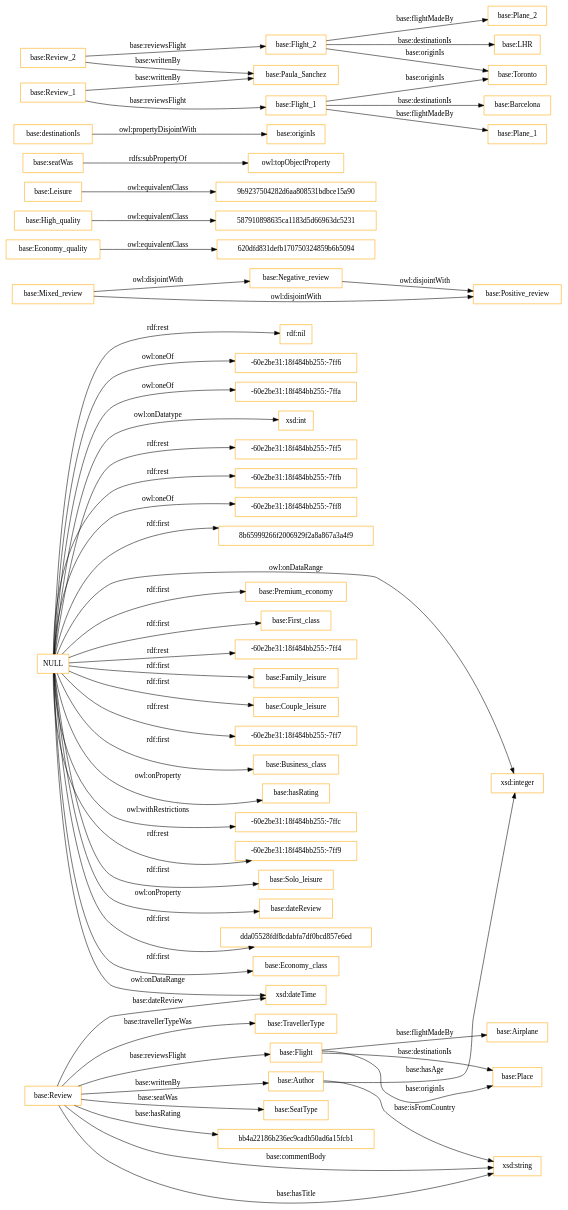
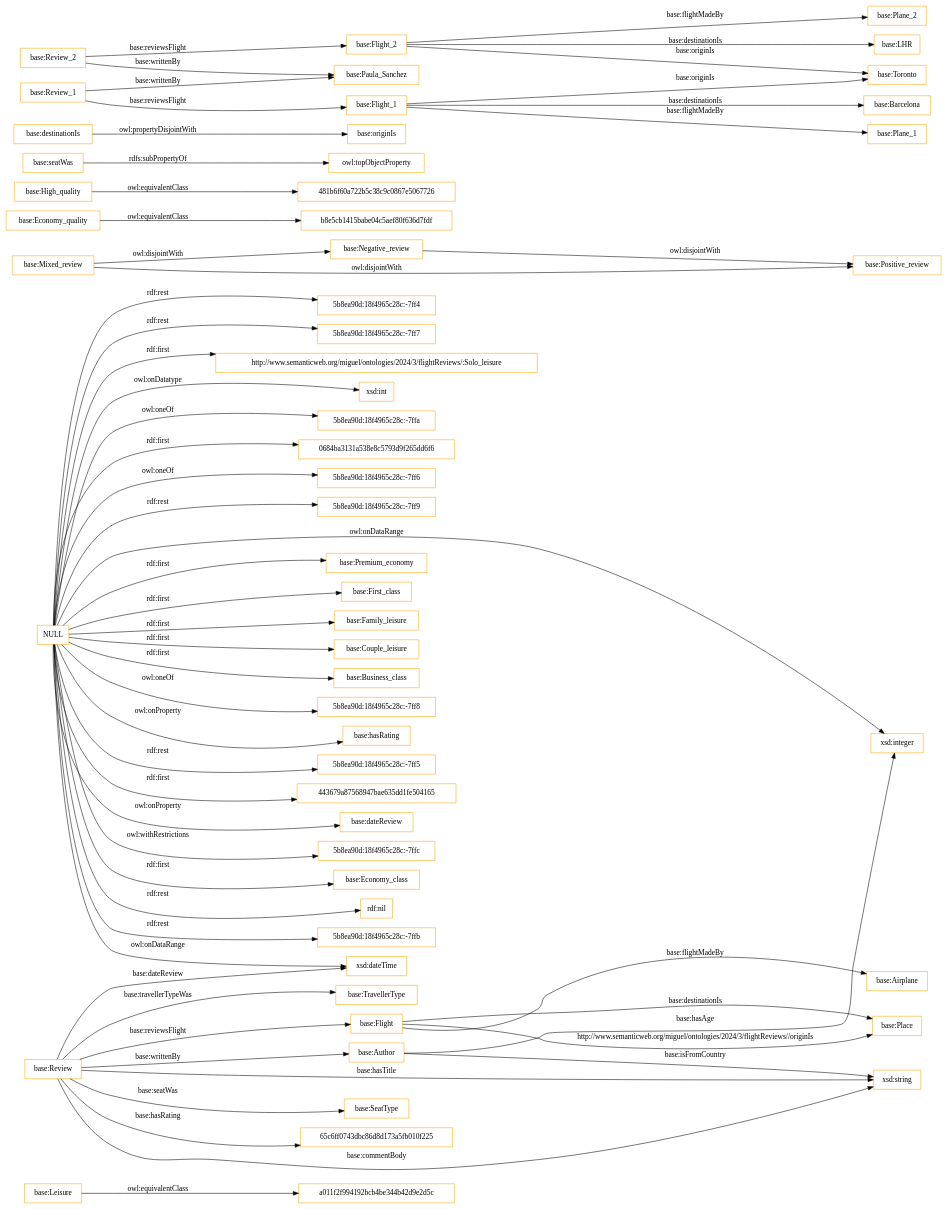
The diagram in OnToology/ontology.ttl/diagrams/ar2dtool-class/ontology.ttl.png.dot (MigueldSPallares/FlightReviews), drawn with Graphviz before and after one commit. The commit also changed 9 other files, not shown here.

```diff
--- a/OnToology/ontology.ttl/diagrams/ar2dtool-class/ontology.ttl.png.dot
+++ b/OnToology/ontology.ttl/diagrams/ar2dtool-class/ontology.ttl.png.dot
@@ -1,61 +1,61 @@
 digraph ar2dtool_diagram { 
 rankdir=LR;
 size="1501"
-node [shape = rectangle, color="orange"]; "base:TravellerType" "base:Place" "base:Flight" "base:Negative_review" "base:Author" "base:Economy_quality" "587910898635ca1183d5d66963dc5231" "base:SeatType" "base:Mixed_review" "base:Leisure" "620dfd831defb170750324859b6b5094" "base:Review" "base:High_quality" "base:Positive_review" "base:Airplane" "9b9237504282d6aa808531bdbce15a90" ; /*classes style*/
+node [shape = rectangle, color="orange"]; "a011f2f994192bcb4be344b42d9e2d5c" "base:TravellerType" "base:Place" "base:Flight" "base:Negative_review" "base:Author" "base:Economy_quality" "base:SeatType" "base:Mixed_review" "base:Leisure" "481b6f60a722b5c38c9c0867e5067726" "base:Review" "base:High_quality" "base:Positive_review" "base:Airplane" "b8e5cb1415babe04c5aef80f636d7fdf" ; /*classes style*/
 	"NULL" -> "base:Premium_economy" [ label = "rdf:first" ];
 	"NULL" -> "base:First_class" [ label = "rdf:first" ];
-	"NULL" -> "-60e2be31:18f484bb255:-7ff4" [ label = "rdf:rest" ];
 	"NULL" -> "base:Family_leisure" [ label = "rdf:first" ];
 	"NULL" -> "base:Couple_leisure" [ label = "rdf:first" ];
-	"NULL" -> "-60e2be31:18f484bb255:-7ff7" [ label = "rdf:rest" ];
 	"NULL" -> "base:Business_class" [ label = "rdf:first" ];
+	"NULL" -> "5b8ea90d:18f4965c28c:-7ff8" [ label = "owl:oneOf" ];
 	"NULL" -> "base:hasRating" [ label = "owl:onProperty" ];
-	"NULL" -> "-60e2be31:18f484bb255:-7ffc" [ label = "owl:withRestrictions" ];
 	"NULL" -> "xsd:integer" [ label = "owl:onDataRange" ];
 	"NULL" -> "xsd:dateTime" [ label = "owl:onDataRange" ];
-	"NULL" -> "-60e2be31:18f484bb255:-7ff9" [ label = "rdf:rest" ];
-	"NULL" -> "base:Solo_leisure" [ label = "rdf:first" ];
+	"NULL" -> "5b8ea90d:18f4965c28c:-7ff5" [ label = "rdf:rest" ];
+	"NULL" -> "443679a87568947bae635dd1fe504165" [ label = "rdf:first" ];
 	"NULL" -> "base:dateReview" [ label = "owl:onProperty" ];
-	"NULL" -> "dda05528fdf8cdabfa7df0bcd857e6ed" [ label = "rdf:first" ];
+	"NULL" -> "5b8ea90d:18f4965c28c:-7ffc" [ label = "owl:withRestrictions" ];
 	"NULL" -> "base:Economy_class" [ label = "rdf:first" ];
 	"NULL" -> "rdf:nil" [ label = "rdf:rest" ];
-	"NULL" -> "-60e2be31:18f484bb255:-7ff6" [ label = "owl:oneOf" ];
-	"NULL" -> "-60e2be31:18f484bb255:-7ffa" [ label = "owl:oneOf" ];
+	"NULL" -> "5b8ea90d:18f4965c28c:-7ffb" [ label = "rdf:rest" ];
+	"NULL" -> "5b8ea90d:18f4965c28c:-7ff4" [ label = "rdf:rest" ];
+	"NULL" -> "5b8ea90d:18f4965c28c:-7ff7" [ label = "rdf:rest" ];
+	"NULL" -> "http://www.semanticweb.org/miguel/ontologies/2024/3/flightReviews/:Solo_leisure" [ label = "rdf:first" ];
 	"NULL" -> "xsd:int" [ label = "owl:onDatatype" ];
-	"NULL" -> "-60e2be31:18f484bb255:-7ff5" [ label = "rdf:rest" ];
-	"NULL" -> "-60e2be31:18f484bb255:-7ffb" [ label = "rdf:rest" ];
-	"NULL" -> "-60e2be31:18f484bb255:-7ff8" [ label = "owl:oneOf" ];
-	"NULL" -> "8b65999266f2006929f2a8a867a3a4f9" [ label = "rdf:first" ];
+	"NULL" -> "5b8ea90d:18f4965c28c:-7ffa" [ label = "owl:oneOf" ];
+	"NULL" -> "0684ba3131a538e8c5793d9f265dd6f6" [ label = "rdf:first" ];
+	"NULL" -> "5b8ea90d:18f4965c28c:-7ff6" [ label = "owl:oneOf" ];
+	"NULL" -> "5b8ea90d:18f4965c28c:-7ff9" [ label = "rdf:rest" ];
 	"base:seatWas" -> "owl:topObjectProperty" [ label = "rdfs:subPropertyOf" ];
 	"base:destinationIs" -> "base:originIs" [ label = "owl:propertyDisjointWith" ];
 	"base:Review_2" -> "base:Paula_Sanchez" [ label = "base:writtenBy" ];
 	"base:Review_2" -> "base:Flight_2" [ label = "base:reviewsFlight" ];
 	"base:Flight_2" -> "base:Toronto" [ label = "base:originIs" ];
 	"base:Flight_2" -> "base:Plane_2" [ label = "base:flightMadeBy" ];
 	"base:Flight_2" -> "base:LHR" [ label = "base:destinationIs" ];
-	"base:Economy_quality" -> "620dfd831defb170750324859b6b5094" [ label = "owl:equivalentClass" ];
+	"base:Economy_quality" -> "b8e5cb1415babe04c5aef80f636d7fdf" [ label = "owl:equivalentClass" ];
 	"base:Review_1" -> "base:Paula_Sanchez" [ label = "base:writtenBy" ];
 	"base:Review_1" -> "base:Flight_1" [ label = "base:reviewsFlight" ];
-	"base:High_quality" -> "587910898635ca1183d5d66963dc5231" [ label = "owl:equivalentClass" ];
+	"base:High_quality" -> "481b6f60a722b5c38c9c0867e5067726" [ label = "owl:equivalentClass" ];
 	"base:Flight_1" -> "base:Toronto" [ label = "base:originIs" ];
 	"base:Flight_1" -> "base:Plane_1" [ label = "base:flightMadeBy" ];
 	"base:Flight_1" -> "base:Barcelona" [ label = "base:destinationIs" ];
-	"base:Leisure" -> "9b9237504282d6aa808531bdbce15a90" [ label = "owl:equivalentClass" ];
+	"base:Leisure" -> "a011f2f994192bcb4be344b42d9e2d5c" [ label = "owl:equivalentClass" ];
 	"base:Mixed_review" -> "base:Positive_review" [ label = "owl:disjointWith" ];
 	"base:Mixed_review" -> "base:Negative_review" [ label = "owl:disjointWith" ];
 	"base:Negative_review" -> "base:Positive_review" [ label = "owl:disjointWith" ];
 	"base:Flight" -> "base:Airplane" [ label = "base:flightMadeBy" ];
+	"base:Flight" -> "base:Place" [ label = "http://www.semanticweb.org/miguel/ontologies/2024/3/flightReviews//originIs" ];
 	"base:Review" -> "base:Author" [ label = "base:writtenBy" ];
 	"base:Review" -> "base:TravellerType" [ label = "base:travellerTypeWas" ];
 	"base:Review" -> "base:Flight" [ label = "base:reviewsFlight" ];
 	"base:Review" -> "xsd:string" [ label = "base:commentBody" ];
-	"base:Review" -> "bb4a22186b236ec9cadb50ad6a15fcb1" [ label = "base:hasRating" ];
-	"base:Flight" -> "base:Place" [ label = "base:originIs" ];
+	"base:Review" -> "65c6ff0743dbc86d8d173a5fb010f225" [ label = "base:hasRating" ];
 	"base:Review" -> "base:SeatType" [ label = "base:seatWas" ];
 	"base:Flight" -> "base:Place" [ label = "base:destinationIs" ];
 	"base:Review" -> "xsd:string" [ label = "base:hasTitle" ];
 	"base:Review" -> "xsd:dateTime" [ label = "base:dateReview" ];
 	"base:Author" -> "xsd:string" [ label = "base:isFromCountry" ];
 	"base:Author" -> "xsd:integer" [ label = "base:hasAge" ];
 
 }
```
